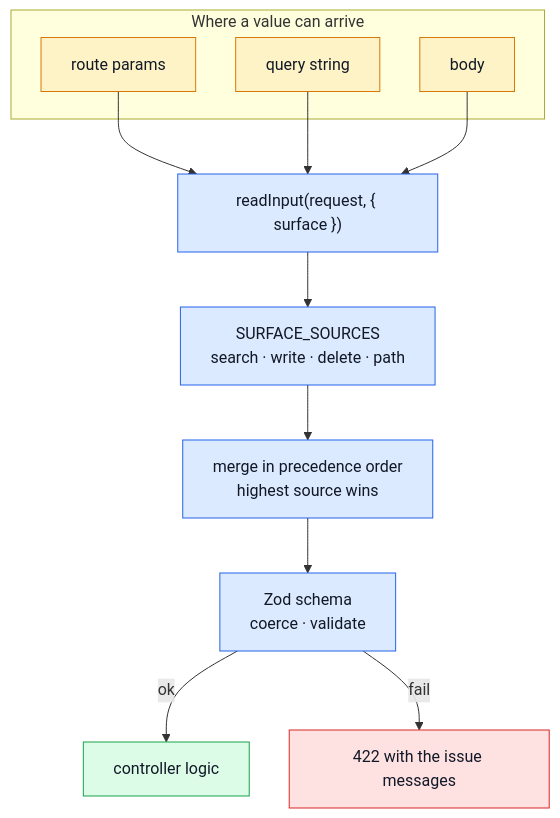
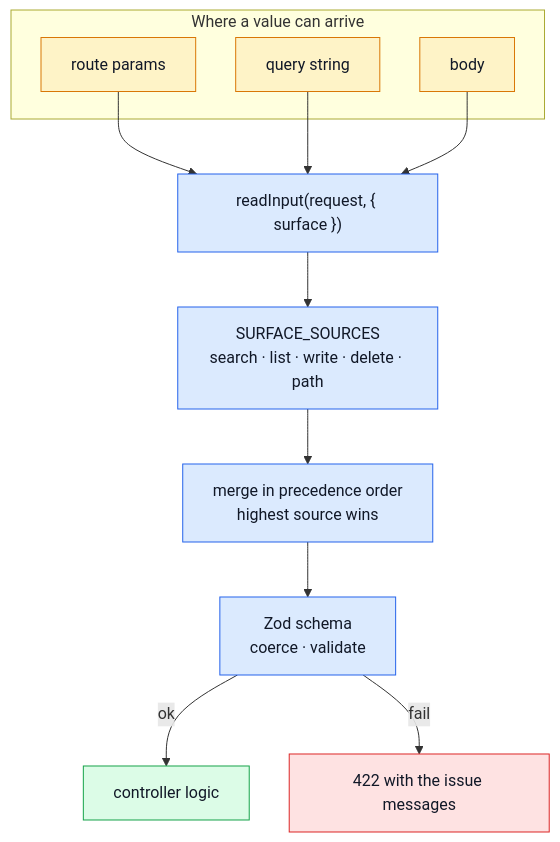
Before and after one commit to Guebbit/boilerplate-node-backend: the diagram in docs/theory/request-input.md, drawn with Mermaid. The commit also changed other lines of this file and 26 other files, not shown here.

````diff
--- a/docs/theory/request-input.md
+++ b/docs/theory/request-input.md
@@ -14,28 +14,28 @@
 ```mermaid
 %%{init: {'flowchart': {'nodeSpacing': 40, 'rankSpacing': 55}}}%%
 flowchart TD
     subgraph IN["Where a value can arrive"]
         P["route params"]
         Q["query string"]
         B["body"]
     end
 
     P --> RI["readInput(request, { surface })"]
     Q --> RI
     B --> RI
 
-    RI --> SS["SURFACE_SOURCES<br/>search · write · delete · path"]
+    RI --> SS["SURFACE_SOURCES<br/>search · list · write · delete · path"]
     SS --> MERGE["merge in precedence order<br/>highest source wins"]
     MERGE --> ZOD["Zod schema<br/>coerce · validate"]
     ZOD -->|"ok"| CTRL["controller logic"]
     ZOD -->|"fail"| E422["422 with the issue messages"]
 
     classDef src fill:#fef3c7,stroke:#d97706,color:#111827;
     classDef step fill:#dbeafe,stroke:#2563eb,color:#111827;
     classDef ok fill:#dcfce7,stroke:#16a34a,color:#111827;
     classDef bad fill:#fee2e2,stroke:#dc2626,color:#111827;
     class P,Q,B src;
     class RI,SS,MERGE,ZOD step;
     class CTRL ok;
     class E422 bad;
 ```
````
